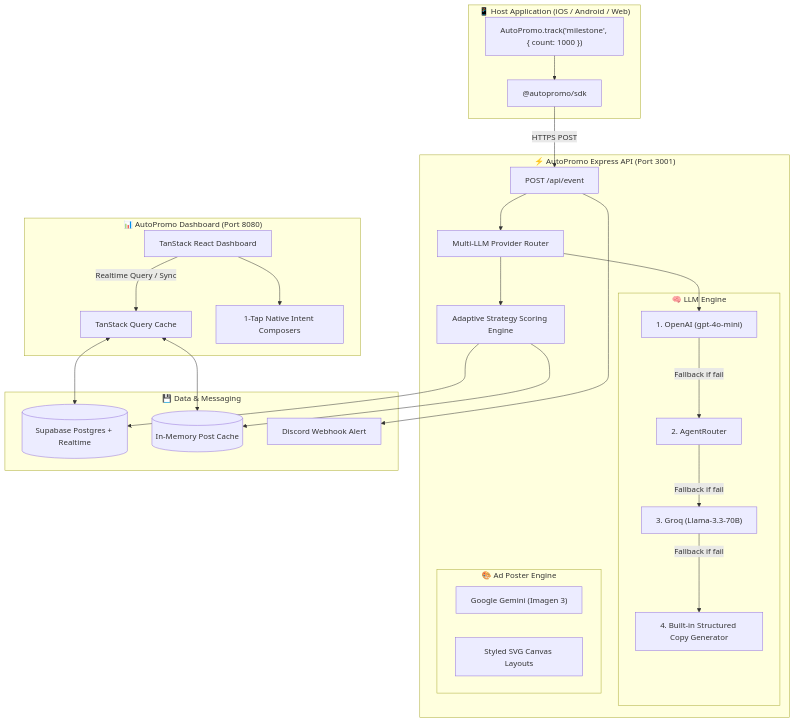
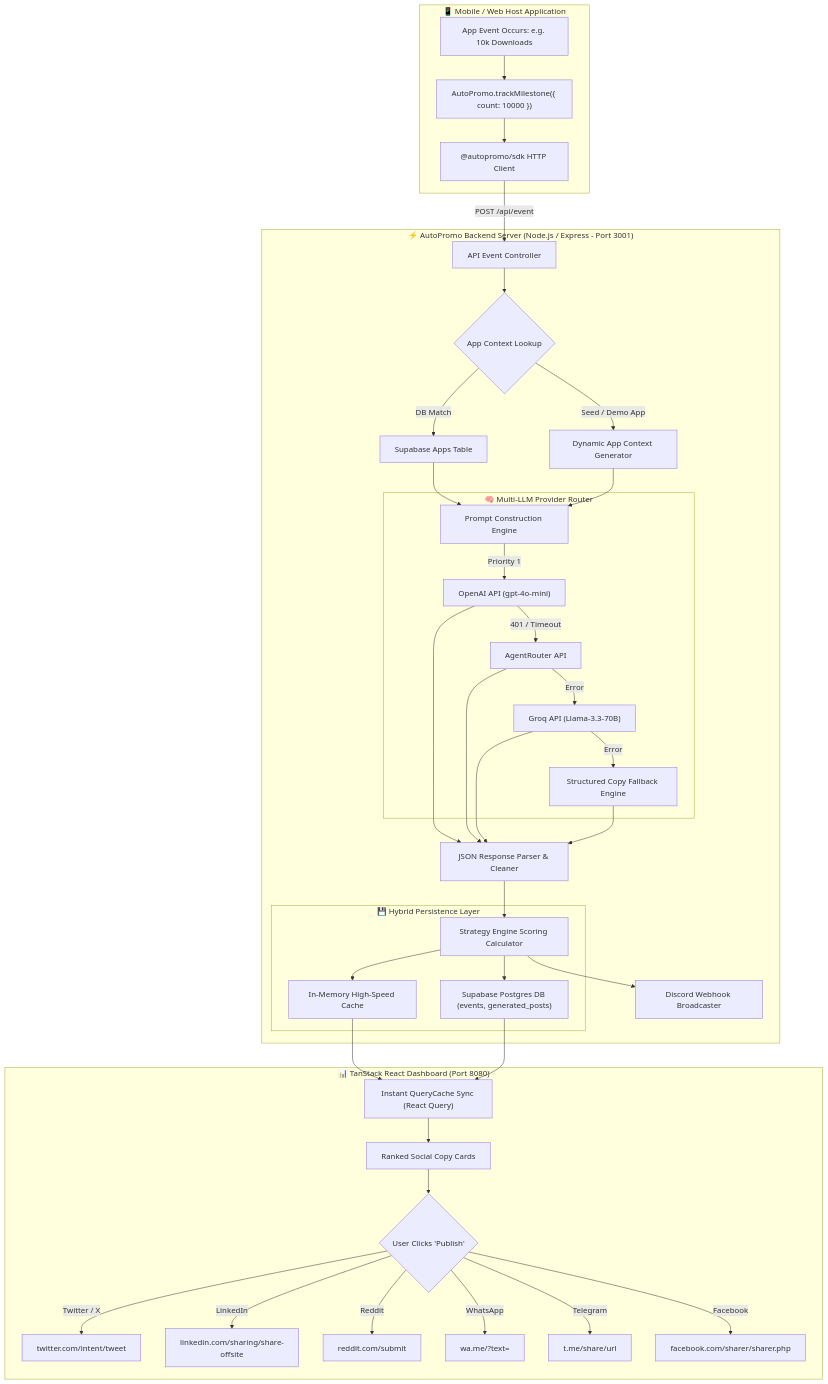
One commit to HackOnVibeCom/mv6prr2xzw30kp265248sds7act2z8ndw5ze5524 changed the first of 3 diagrams in README.md. Above: the diagram before and after it, drawn with Mermaid. The commit also changed other lines of this file, not shown here.

Commit message:
docs: overhaul README with high-impact ASCII banner, executive summary, and 3 Mermaid diagrams

````diff
--- a/README.md
+++ b/README.md
@@ -54,56 +74,51 @@
 ```mermaid
-flowchart TD
-    subgraph HostApp ["📱 Host Application (iOS / Android / Web)"]
-        SDK["@autopromo/sdk"]
-        Trigger["AutoPromo.track('milestone', { count: 1000 })"]
+graph TD
+    subgraph Host_App ["📱 Mobile / Web Host Application"]
+        A[App Event Occurs: e.g. 10k Downloads] --> B["AutoPromo.trackMilestone({ count: 10000 })"]
+        B --> C["@autopromo/sdk HTTP Client"]
     end
 
-    subgraph Backend ["⚡ AutoPromo Express API (Port 3001)"]
-        API["POST /api/event"]
-        Router["Multi-LLM Provider Router"]
+    subgraph Backend_Server ["⚡ AutoPromo Backend Server (Node.js / Express - Port 3001)"]
+        C -->|POST /api/event| D["API Event Controller"]
+        D --> E{"App Context Lookup"}
+        E -->|DB Match| F["Supabase Apps Table"]
+        E -->|Seed / Demo App| G["Dynamic App Context Generator"]
         
-        subgraph AI_Providers ["🧠 LLM Engine"]
-            OpenAI["1. OpenAI (gpt-4o-mini)"]
-            AgentRouter["2. AgentRouter"]
-            Groq["3. Groq (Llama-3.3-70B)"]
-            Fallback["4. Built-in Structured Copy Generator"]
+        F --> H["Prompt Construction Engine"]
+        G --> H
+
+        subgraph AI_Cascade ["🧠 Multi-LLM Provider Router"]
+            H -->|Priority 1| I["OpenAI API (gpt-4o-mini)"]
+            I -- 401 / Timeout --> J["AgentRouter API"]
+            J -- Error --> K["Groq API (Llama-3.3-70B)"]
+            K -- Error --> L["Structured Copy Fallback Engine"]
         end
 
-        subgraph Image_Engine ["🎨 Ad Poster Engine"]
-            Gemini["Google Gemini (Imagen 3)"]
-            Canvas["Styled SVG Canvas Layouts"]
+        I --> M["JSON Response Parser & Cleaner"]
+        J --> M
+        K --> M
+        L --> M
+
+        M --> N["Strategy Engine Scoring Calculator"]
+
+        subgraph Persistence ["💾 Hybrid Persistence Layer"]
+            N --> O["Supabase Postgres DB (events, generated_posts)"]
+            N --> P["In-Memory High-Speed Cache"]
         end
 
-        Strategy["Adaptive Strategy Scoring Engine"]
+        N --> Q["Discord Webhook Broadcaster"]
     end
 
-    subgraph Storage ["💾 Data & Messaging"]
-        SupaDB[("Supabase Postgres + Realtime")]
-        MemStore[("In-Memory Post Cache")]
-        Discord["Discord Webhook Alert"]
+    subgraph Client_Dashboard ["📊 TanStack React Dashboard (Port 8080)"]
+        P --> R["Instant QueryCache Sync (React Query)"]
+        O --> R
+        R --> S["Ranked Social Copy Cards"]
+        S --> T{"User Clicks 'Publish'"}
+        T -->|Twitter / X| U["twitter.com/intent/tweet"]
+        T -->|LinkedIn| V["linkedin.com/sharing/share-offsite"]
+        T -->|Reddit| W["reddit.com/submit"]
+        T -->|WhatsApp| X["wa.me/?text="]
+        T -->|Telegram| Y["t.me/share/url"]
+        T -->|Facebook| Z["facebook.com/sharer/sharer.php"]
     end
-
-    subgraph Dashboard ["📊 AutoPromo Dashboard (Port 8080)"]
-        UI["TanStack React Dashboard"]
-        QueryCache["TanStack Query Cache"]
-        Intent["1-Tap Native Intent Composers"]
-    end
-
-    Trigger --> SDK
-    SDK -->|HTTPS POST| API
-    API --> Router
-    Router --> OpenAI
-    OpenAI -- Fallback if fail --> AgentRouter
-    AgentRouter -- Fallback if fail --> Groq
-    Groq -- Fallback if fail --> Fallback
-    
-    Router --> Strategy
-    Strategy --> SupaDB
-    Strategy --> MemStore
-    API --> Discord
-
-    UI -->|Realtime Query / Sync| QueryCache
-    QueryCache <--> MemStore
-    QueryCache <--> SupaDB
-    UI --> Intent
 ```
````
